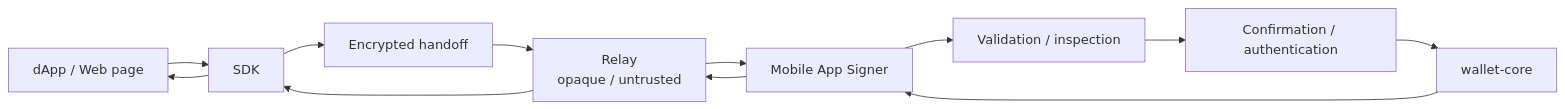
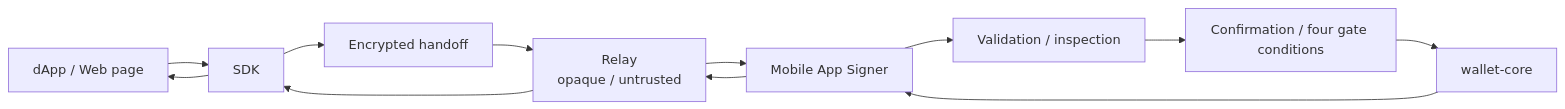
One commit to MosaicLynx/MosaicLynx changed the second of 2 diagrams in docs/design/signing-flow.md. Above: the diagram before and after it, drawn with Mermaid. The commit also changed other lines of this file, not shown here.

````diff
--- a/docs/design/signing-flow.md
+++ b/docs/design/signing-flow.md
@@ -483,14 +505,14 @@
 ```mermaid
 flowchart LR
     D[dApp / Web page] --> S[SDK]
     S --> E[Encrypted handoff]
     E --> R[Relay<br/>opaque / untrusted]
     R --> M[Mobile App Signer]
     M --> C[Validation / inspection]
-    C --> U[Confirmation / authentication]
+    C --> U[Confirmation / four gate conditions]
     U --> W[wallet-core]
     W --> M
     M --> R
     R --> S
     S --> D
 ```
````
